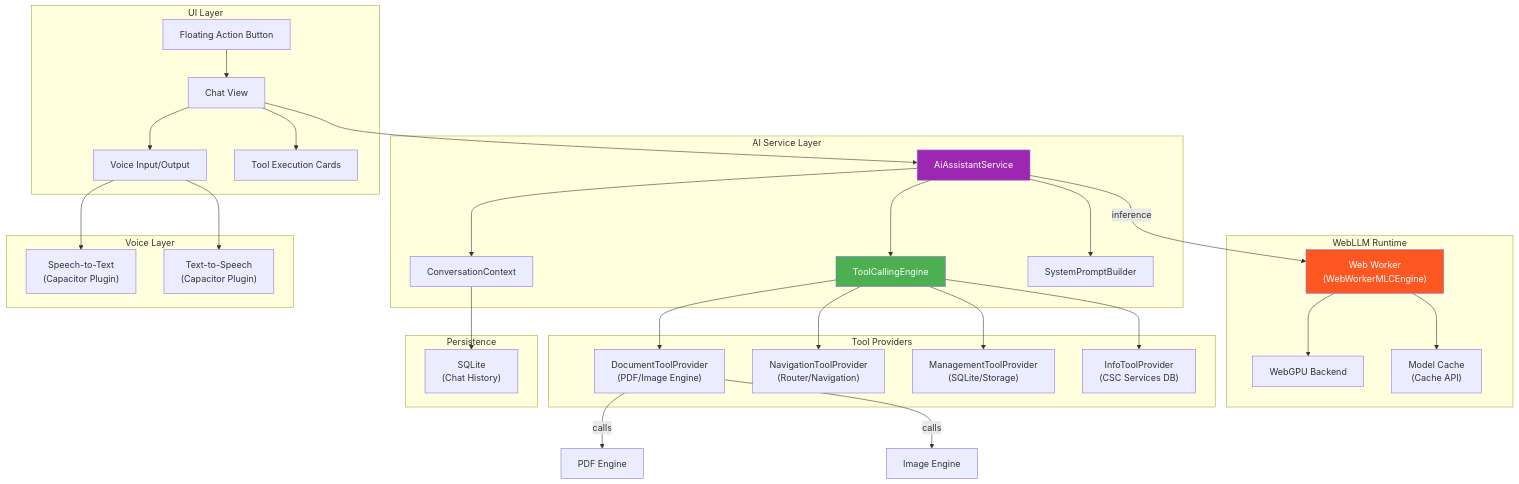
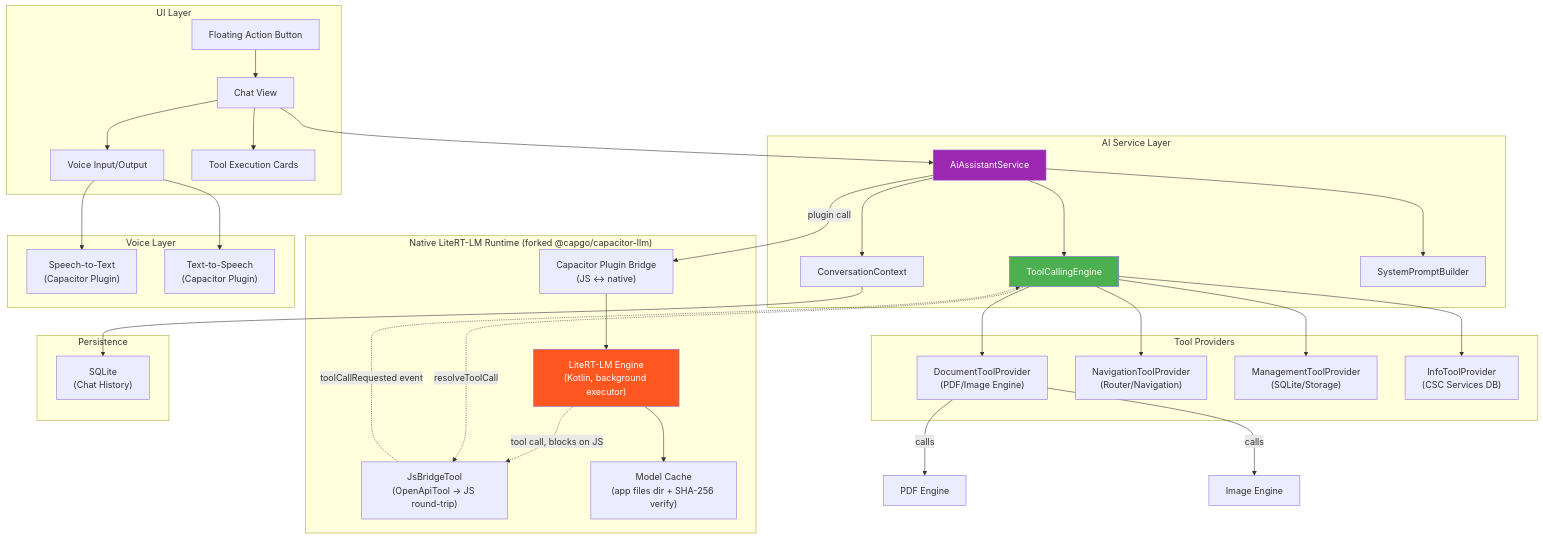
One commit to omanandswami2005/project-kagazzz changed the first of 5 diagrams in docs/architecture/05-ai-assistant-module.md. Above: the diagram before and after it, drawn with Mermaid. The commit also changed other lines of this file and 1 other file, not shown here.

First line of the commit message:
docs(ai-assistant): switch F-13's engine from WebLLM to LiteRT-LM

````diff
--- a/docs/architecture/05-ai-assistant-module.md
+++ b/docs/architecture/05-ai-assistant-module.md
@@ -23,67 +23,71 @@
 ```mermaid
 graph TB
     subgraph "UI Layer"
         FAB["Floating Action Button"]
         CHAT["Chat View"]
         VOICE["Voice Input/Output"]
         CARDS["Tool Execution Cards"]
     end
 
     subgraph "AI Service Layer"
         AIS["AiAssistantService"]
         TC["ToolCallingEngine"]
         CTX["ConversationContext"]
         SP["SystemPromptBuilder"]
     end
 
-    subgraph "WebLLM Runtime"
-        WW["Web Worker<br/>(WebWorkerMLCEngine)"]
-        WG["WebGPU Backend"]
-        MC["Model Cache<br/>(Cache API)"]
+    subgraph "Native LiteRT-LM Runtime (forked @capgo/capacitor-llm)"
+        BR["Capacitor Plugin Bridge<br/>(JS ↔ native)"]
+        ENG["LiteRT-LM Engine<br/>(Kotlin, background executor)"]
+        JBT["JsBridgeTool<br/>(OpenApiTool → JS round-trip)"]
+        MC["Model Cache<br/>(app files dir + SHA-256 verify)"]
     end
 
     subgraph "Tool Providers"
         DOC["DocumentToolProvider<br/>(PDF/Image Engine)"]
         NAV["NavigationToolProvider<br/>(Router/Navigation)"]
         MGT["ManagementToolProvider<br/>(SQLite/Storage)"]
         INF["InfoToolProvider<br/>(CSC Services DB)"]
     end
 
     subgraph "Voice Layer"
         STT["Speech-to-Text<br/>(Capacitor Plugin)"]
         TTS["Text-to-Speech<br/>(Capacitor Plugin)"]
     end
 
     subgraph "Persistence"
         DB["SQLite<br/>(Chat History)"]
     end
 
     FAB --> CHAT
     CHAT --> AIS
     CHAT --> VOICE
     CHAT --> CARDS
     VOICE --> STT
     VOICE --> TTS
 
     AIS --> TC
     AIS --> CTX
     AIS --> SP
-    AIS -->|inference| WW
+    AIS -->|plugin call| BR
 
-    WW --> WG
-    WW --> MC
+    BR --> ENG
+    ENG --> MC
+    ENG -.->|tool call, blocks on JS| JBT
+    JBT -.->|toolCallRequested event| TC
+    TC -.->|resolveToolCall| JBT
 
     TC --> DOC
     TC --> NAV
     TC --> MGT
     TC --> INF
 
     CTX --> DB
 
     DOC -->|calls| PDF["PDF Engine"]
     DOC -->|calls| IMG["Image Engine"]
 
     style AIS fill:#9C27B0,color:#fff
-    style WW fill:#FF5722,color:#fff
+    style ENG fill:#FF5722,color:#fff
     style TC fill:#4CAF50,color:#fff
 ```
````
